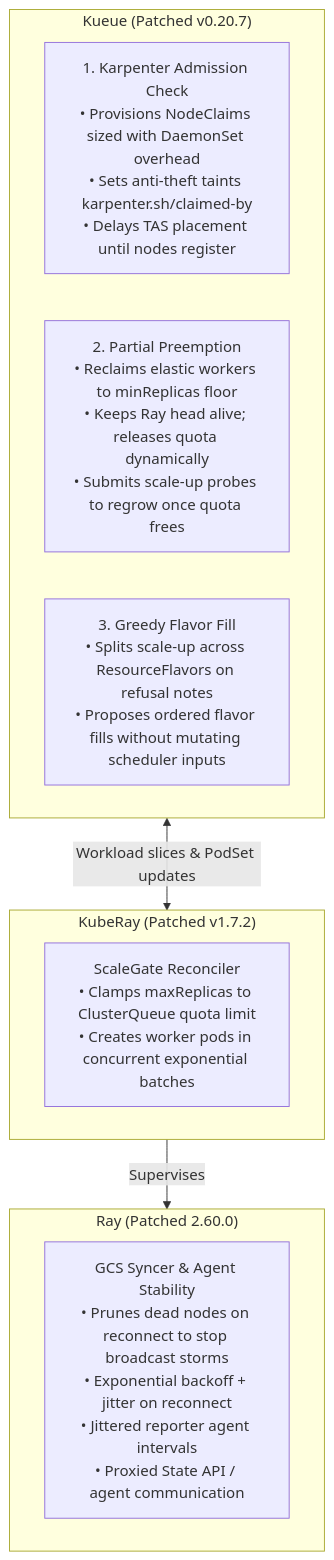
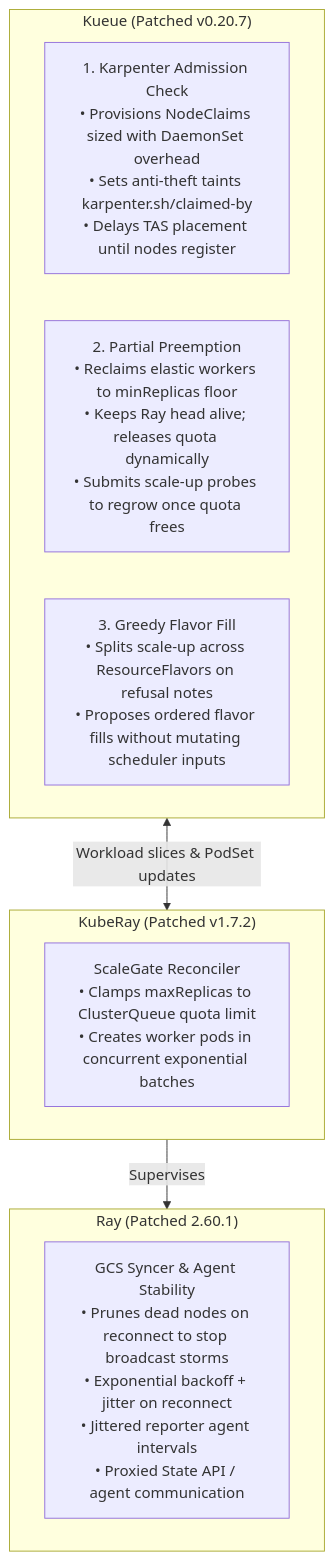
One commit to simonepri/elastic-kueue-kuberay-patches changed the diagram in readme.md. Above: the diagram before and after it, drawn with Mermaid. The commit also changed other lines of this file and 10 other files, not shown here.

````diff
--- a/readme.md
+++ b/readme.md
@@ -33,19 +33,19 @@
 ```mermaid
 flowchart TD
     subgraph Kueue ["Kueue (Patched v0.20.7)"]
         K1["1. Karpenter Admission Check<br>• Provisions NodeClaims sized with DaemonSet overhead<br>• Sets anti-theft taints karpenter.sh/claimed-by<br>• Delays TAS placement until nodes register"]
         K2["2. Partial Preemption<br>• Reclaims elastic workers to minReplicas floor<br>• Keeps Ray head alive; releases quota dynamically<br>• Submits scale-up probes to regrow once quota frees"]
         K3["3. Greedy Flavor Fill<br>• Splits scale-up across ResourceFlavors on refusal notes<br>• Proposes ordered flavor fills without mutating scheduler inputs"]
     end
 
     subgraph KubeRay ["KubeRay (Patched v1.7.2)"]
         KR1["ScaleGate Reconciler<br>• Clamps maxReplicas to ClusterQueue quota limit<br>• Creates worker pods in concurrent exponential batches"]
     end
 
-    subgraph RayCore ["Ray (Patched 2.60.0)"]
+    subgraph RayCore ["Ray (Patched 2.60.1)"]
         RC1["GCS Syncer & Agent Stability<br>• Prunes dead nodes on reconnect to stop broadcast storms<br>• Exponential backoff + jitter on reconnect<br>• Jittered reporter agent intervals<br>• Proxied State API / agent communication"]
     end
 
     Kueue <-->|"Workload slices & PodSet updates"| KubeRay
     KubeRay -->|"Supervises"| RayCore
 ```
````
